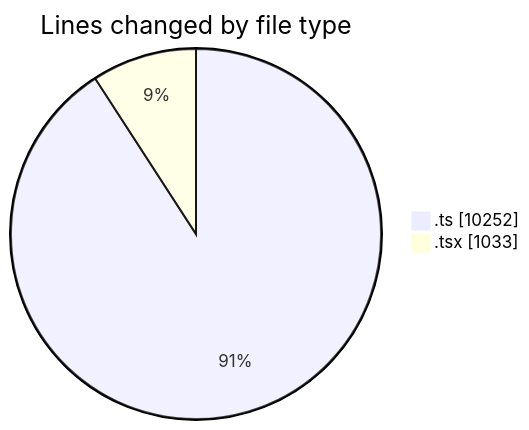
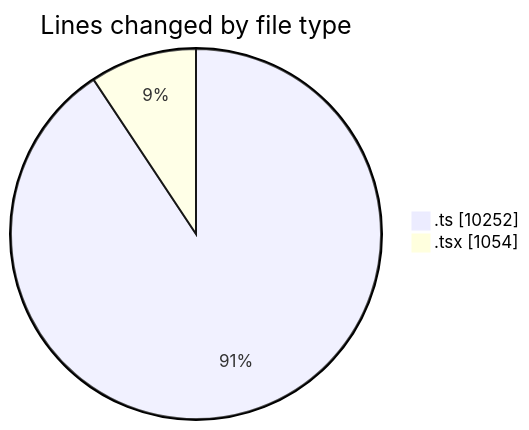
One commit to momahboobian/code-tracking changed the first of 2 diagrams in 2025-06-23/cda/README.md. Above: the diagram before and after it, drawn with Mermaid. The commit also changed other lines of this file and 1 other file, not shown here.

````diff
--- a/2025-06-23/cda/README.md
+++ b/2025-06-23/cda/README.md
@@ -26,6 +26,6 @@
 ```mermaid
 pie showData
 title Lines changed by file type
 ".ts" : 10252
-".tsx" : 1033
+".tsx" : 1054
 ```
````
